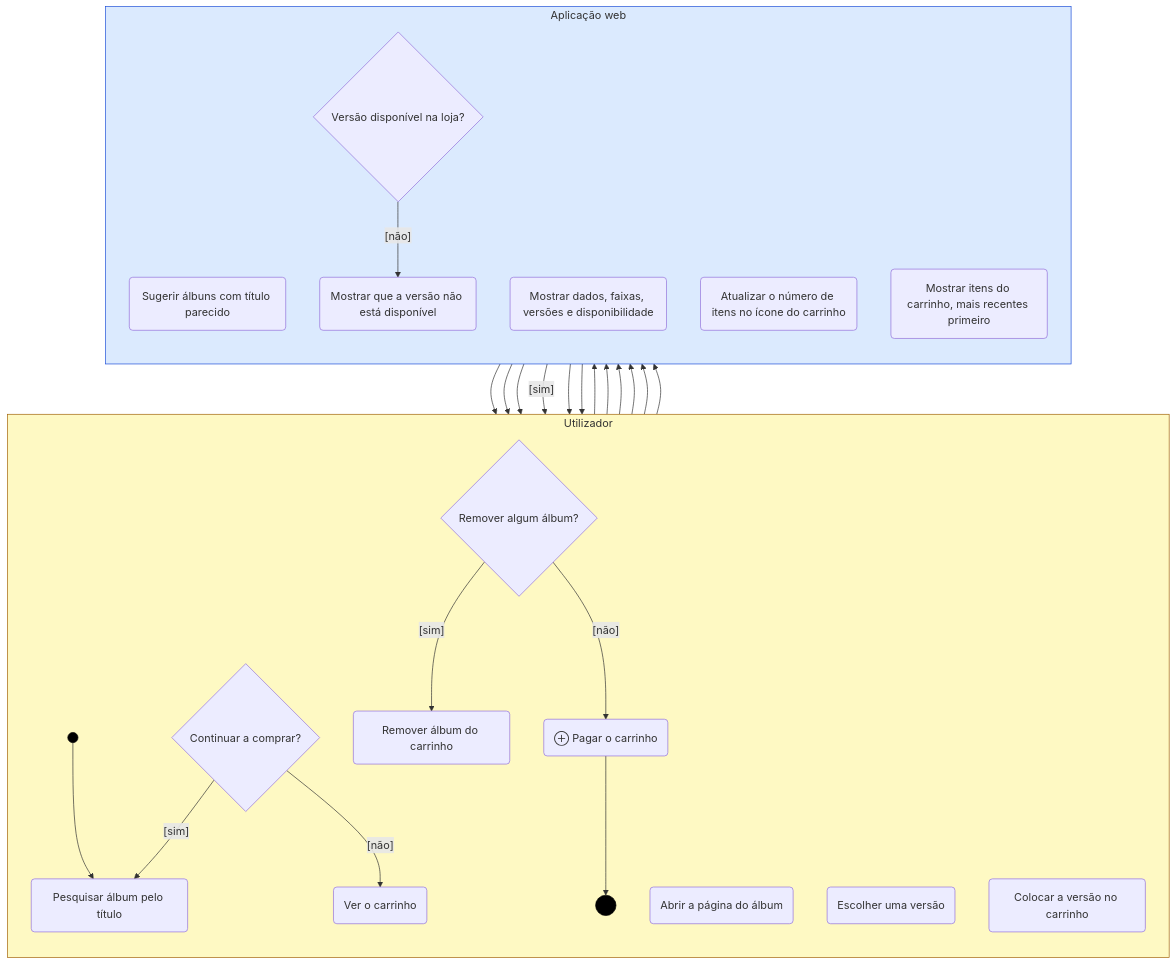
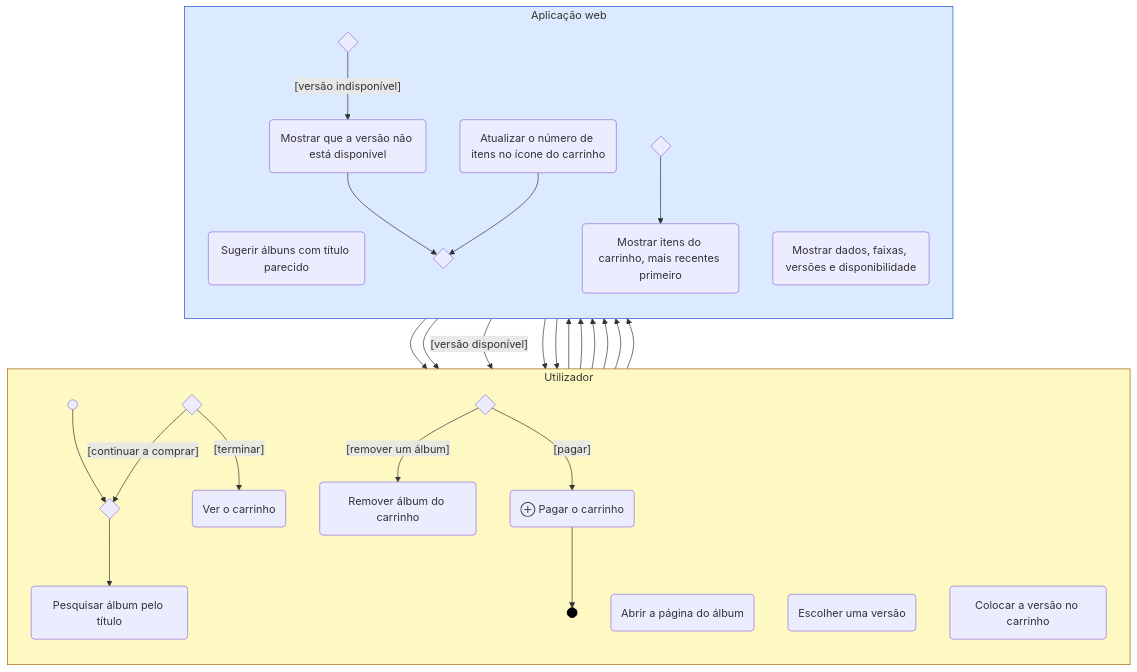
Before and after one commit to malat0o/PGP: the first of 5 diagrams in etapa1/atividades/atividades.md, drawn with Mermaid. The commit also changed other lines of this file and 11 other files, not shown here.

First line of the commit message:
Bloco 5: diagramas de atividades em notação UML

````diff
--- a/etapa1/atividades/atividades.md
+++ b/etapa1/atividades/atividades.md
@@ -27,38 +29,43 @@
 ```mermaid
 flowchart TB
   subgraph U["Utilizador"]
     direction TB
-    I1((" ")) --> A1("Pesquisar álbum pelo título")
+    I1@{ shape: sm-circ }
+    M0@{ shape: diam, label: " " }
+    A1("Pesquisar álbum pelo título")
     A3("Abrir a página do álbum")
     A5("Escolher uma versão")
     A7("Colocar a versão no carrinho")
-    D2{"Continuar a comprar?"}
+    D2@{ shape: diam, label: " " }
     A9("Ver o carrinho")
-    D3{"Remover algum álbum?"}
+    D3@{ shape: diam, label: " " }
     A10("Remover álbum do carrinho")
     A11("⊕ Pagar o carrinho")
-    F1(((" ")))
+    F1@{ shape: fr-circ }
   end
   subgraph W["Aplicação web"]
     direction TB
     A2("Sugerir álbuns com título parecido")
     A4("Mostrar dados, faixas, versões e disponibilidade")
-    D1{"Versão disponível na loja?"}
+    D1@{ shape: diam, label: " " }
     A6("Mostrar que a versão não está disponível")
     A8("Atualizar o número de itens no ícone do carrinho")
+    M1@{ shape: diam, label: " " }
+    M2@{ shape: diam, label: " " }
     A12("Mostrar itens do carrinho, mais recentes primeiro")
   end
 
-  A1 --> A2 --> A3 --> A4 --> A5 --> D1
-  D1 -->|"[não]"| A6 --> D2
-  D1 -->|"[sim]"| A7 --> A8 --> D2
-  D2 -->|"[sim]"| A1
-  D2 -->|"[não]"| A9 --> A12 --> D3
-  D3 -->|"[sim]"| A10 --> A12
-  D3 -->|"[não]"| A11 --> F1
+  I1 --> M0 --> A1 --> A2 --> A3 --> A4 --> A5 --> D1
+  D1 -->|"[versão indisponível]"| A6 --> M1
+  D1 -->|"[versão disponível]"| A7 --> A8 --> M1
+  M1 --> D2
+  D2 -->|"[continuar a comprar]"| M0
+  D2 -->|"[terminar]"| A9 --> M2 --> A12 --> D3
+  D3 -->|"[remover um álbum]"| A10 --> M2
+  D3 -->|"[pagar]"| A11 --> F1
 
   style I1 fill:#000,stroke:#000
   style F1 fill:#000,stroke:#000
   style U fill:#fef9c3,stroke:#a16207
   style W fill:#dbeafe,stroke:#1d4ed8
 ```
````
